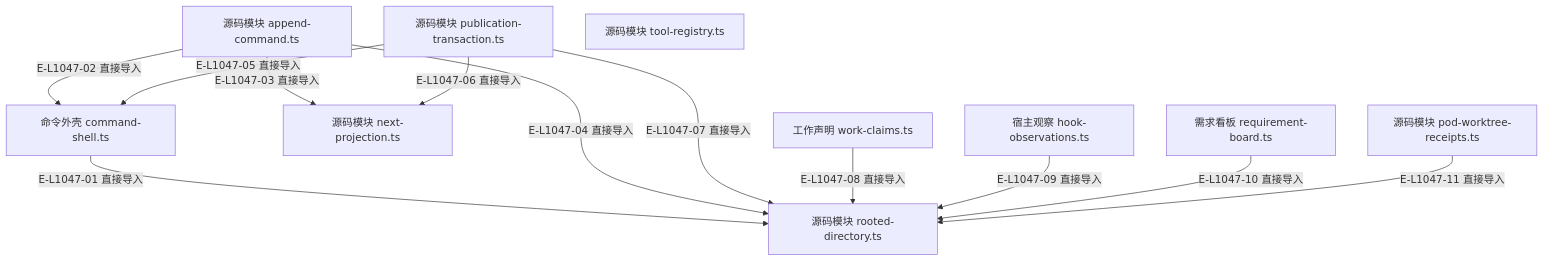
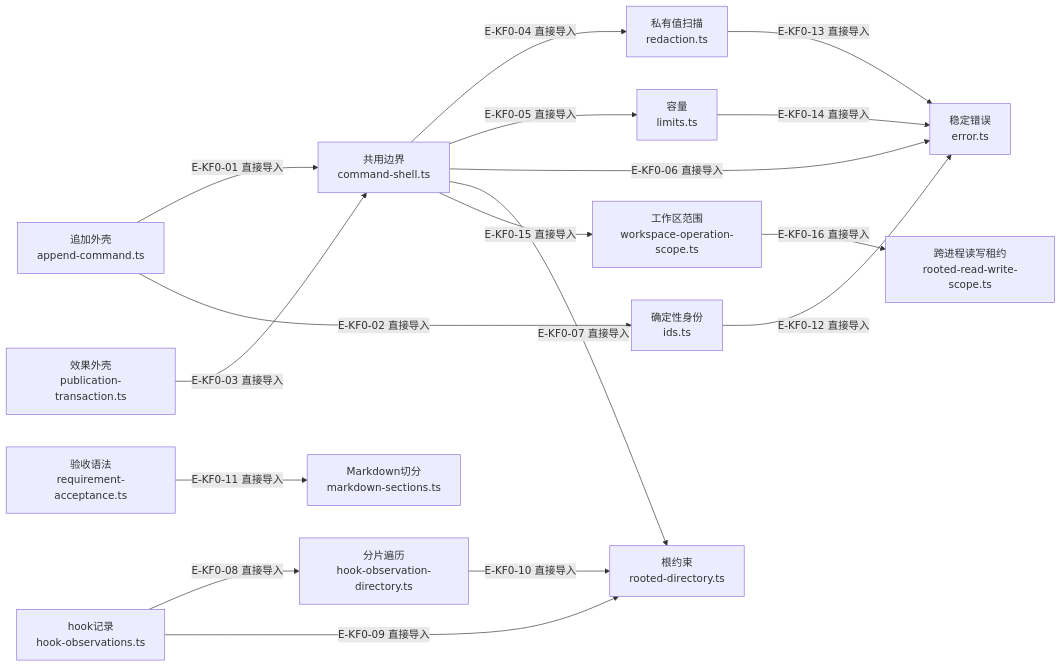
One commit to GxFn/Wakeflow changed the diagram in wakeflow-architecture-atlas/maps/11-kernel/file-dependencies.md. Above: the diagram before and after it, drawn with Mermaid. The commit also changed other lines of this file and 76 other files, not shown here.

First line of the commit message:
docs(atlas): refresh architecture maps for the rc.5 codebase

````diff
--- a/wakeflow-architecture-atlas/maps/11-kernel/file-dependencies.md
+++ b/wakeflow-architecture-atlas/maps/11-kernel/file-dependencies.md
@@ -59,26 +59,35 @@
 ```mermaid
-flowchart TB
-  accTitle: 内核的精选直接导入
-  accDescr: 内核所列具体文件之间的直接导入，不把静态依赖解释成运行调用。
-  f1["命令外壳 command-shell.ts"]
-  f2["源码模块 append-command.ts"]
-  f3["源码模块 publication-transaction.ts"]
-  f4["源码模块 next-projection.ts"]
-  f5["源码模块 tool-registry.ts"]
-  f6["工作声明 work-claims.ts"]
-  f7["宿主观察 hook-observations.ts"]
-  f8["需求看板 requirement-board.ts"]
-  f9["源码模块 pod-worktree-receipts.ts"]
-  f10["源码模块 rooted-directory.ts"]
-  f1 -->|"E-L1047-01 直接导入"| f10
-  f2 -->|"E-L1047-02 直接导入"| f1
-  f2 -->|"E-L1047-03 直接导入"| f4
-  f2 -->|"E-L1047-04 直接导入"| f10
-  f3 -->|"E-L1047-05 直接导入"| f1
-  f3 -->|"E-L1047-06 直接导入"| f4
-  f3 -->|"E-L1047-07 直接导入"| f10
-  f6 -->|"E-L1047-08 直接导入"| f10
-  f7 -->|"E-L1047-09 直接导入"| f10
-  f8 -->|"E-L1047-10 直接导入"| f10
-  f9 -->|"E-L1047-11 直接导入"| f10
+flowchart LR
+  accTitle: 内核：两种外壳与证据机制的静态依赖
+  accDescr: 文件直接import关系的审阅精选视图，运行调用与状态分支在独立页面。
+  f0["追加外壳<br/>append-command.ts"]
+  f1["效果外壳<br/>publication-transaction.ts"]
+  f2["共用边界<br/>command-shell.ts"]
+  f3["确定性身份<br/>ids.ts"]
+  f4["私有值扫描<br/>redaction.ts"]
+  f5["容量<br/>limits.ts"]
+  f6["稳定错误<br/>error.ts"]
+  f7["hook记录<br/>hook-observations.ts"]
+  f8["分片遍历<br/>hook-observation-directory.ts"]
+  f9["根约束<br/>rooted-directory.ts"]
+  f10["验收语法<br/>requirement-acceptance.ts"]
+  f11["Markdown切分<br/>markdown-sections.ts"]
+  f12["工作区范围<br/>workspace-operation-scope.ts"]
+  f13["跨进程读写租约<br/>rooted-read-write-scope.ts"]
+  f0 -->|"E-KF0-01 直接导入"| f2
+  f0 -->|"E-KF0-02 直接导入"| f3
+  f1 -->|"E-KF0-03 直接导入"| f2
+  f2 -->|"E-KF0-04 直接导入"| f4
+  f2 -->|"E-KF0-05 直接导入"| f5
+  f2 -->|"E-KF0-06 直接导入"| f6
+  f2 -->|"E-KF0-07 直接导入"| f9
+  f7 -->|"E-KF0-08 直接导入"| f8
+  f7 -->|"E-KF0-09 直接导入"| f9
+  f8 -->|"E-KF0-10 直接导入"| f9
+  f10 -->|"E-KF0-11 直接导入"| f11
+  f3 -->|"E-KF0-12 直接导入"| f6
+  f4 -->|"E-KF0-13 直接导入"| f6
+  f5 -->|"E-KF0-14 直接导入"| f6
+  f2 -->|"E-KF0-15 直接导入"| f12
+  f12 -->|"E-KF0-16 直接导入"| f13
 ```
````
